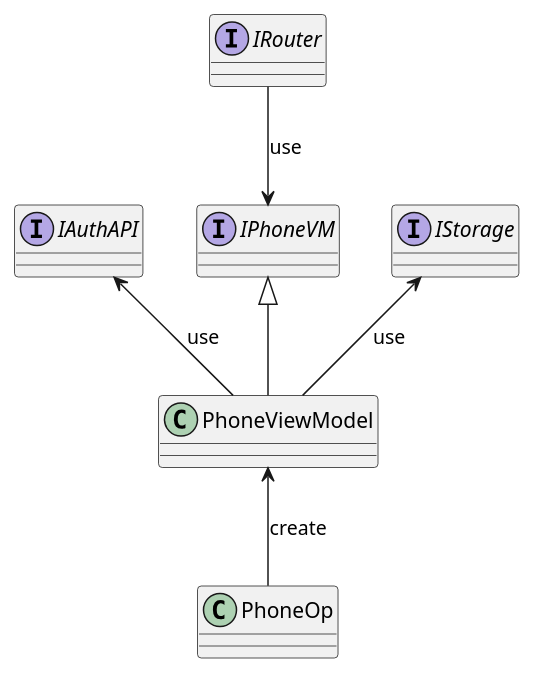
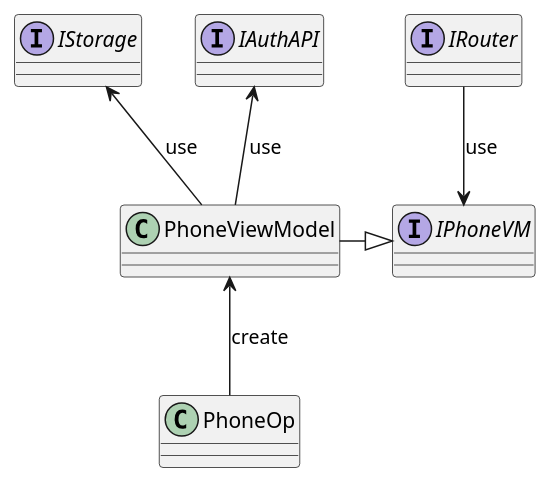
One commit to dubovoy-pro/ross-manual changed the diagram in site/content/ru/docs/manual/operation/diagrams/phone_vm.puml. Above: the diagram before and after it, drawn with PlantUML. The commit also changed 6 other files, not shown here.

```diff
--- a/site/content/ru/docs/manual/operation/diagrams/phone_vm.puml
+++ b/site/content/ru/docs/manual/operation/diagrams/phone_vm.puml
@@ -1,14 +1,14 @@
 @startuml phone_vm
 interface IRouter
 interface IStorage
 interface IPhoneVM
 interface IAuthAPI
 class PhoneViewModel
 class PhoneOp
 
+PhoneViewModel -|> IPhoneVM
+PhoneViewModel -up-> IAuthAPI : use
 PhoneViewModel -up-> IStorage : use
-PhoneViewModel -up-|> IPhoneVM
-PhoneViewModel -up-> IAuthAPI : use
 PhoneOp -up-> PhoneViewModel : create
 IRouter -down-> IPhoneVM : use
 @enduml
```
